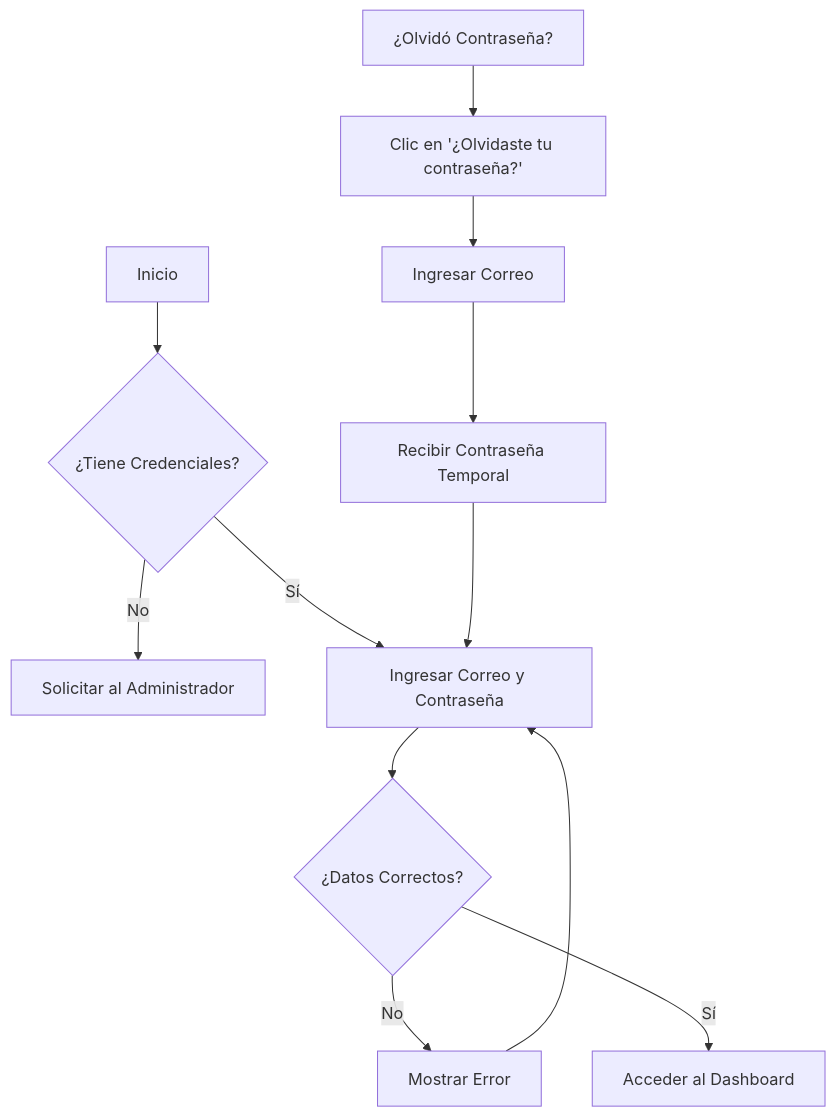
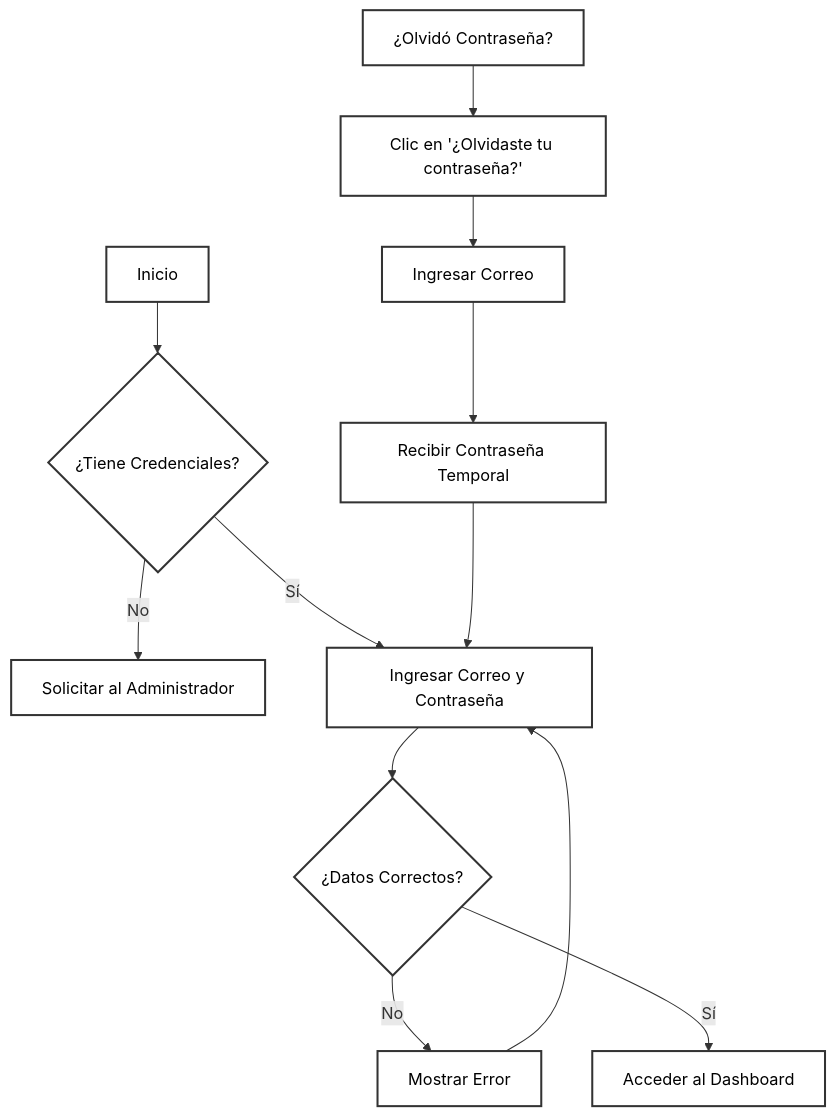
One commit to SteepCraft/melkar changed the first of 5 diagrams in README.md. Above: the diagram before and after it, drawn with Mermaid. The commit also changed other lines of this file, not shown here.

Commit message:
Enhance Mermaid diagrams with additional styling and structure for better clarity

````diff
--- a/README.md
+++ b/README.md
@@ -23,15 +23,20 @@
 ```mermaid
 graph TD
+    classDef default fill:#fff,stroke:#333,stroke-width:2px,color:#000;
+    classDef dark fill:#333,stroke:#fff,stroke-width:2px,color:#fff;
+    
     A[Inicio] --> B{¿Tiene Credenciales?}
     B -- No --> C[Solicitar al Administrador]
     B -- Sí --> D[Ingresar Correo y Contraseña]
     D --> E{¿Datos Correctos?}
     E -- No --> F[Mostrar Error]
     F --> D
     E -- Sí --> G[Acceder al Dashboard]
     
     H[¿Olvidó Contraseña?] --> I[Clic en '¿Olvidaste tu contraseña?']
     I --> J[Ingresar Correo]
     J --> K[Recibir Contraseña Temporal]
     K --> D
+    
+    class A,B,C,D,E,F,G,H,I,J,K default;
 ```
````
